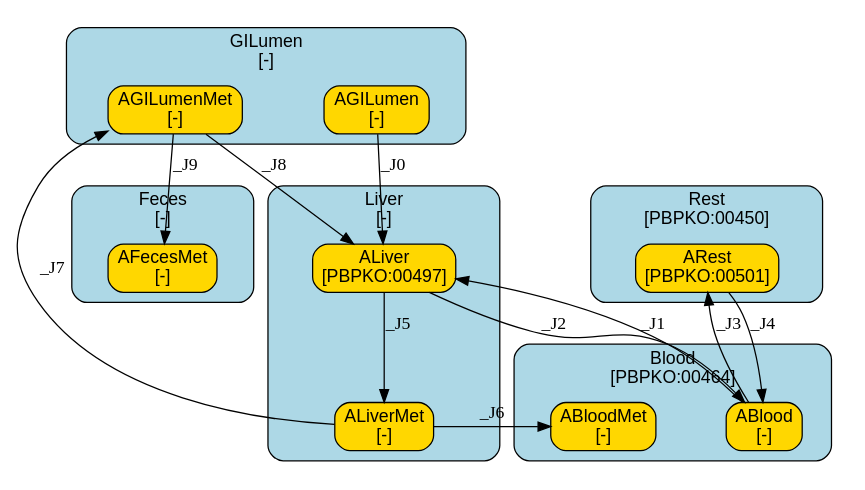
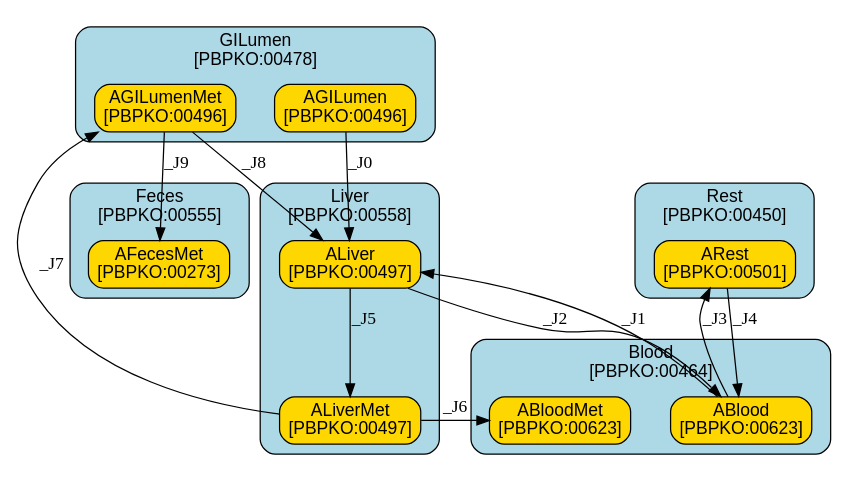
Before and after one commit to fair-pbk/exposure-route-pbk-models: the diagram in models/oral/Bisphenols/Teeguarden/summary.dot, drawn with Graphviz. The commit also changed 188 other files, not shown here.

```diff
--- a/models/oral/Bisphenols/Teeguarden/summary.dot
+++ b/models/oral/Bisphenols/Teeguarden/summary.dot
@@ -1,130 +1,130 @@
 digraph {
 	graph [ratio=fill,
 		size="7,4"
 	];
 	node [fontname=Arial];
 	subgraph cluster_GILumen {
 		graph [color=black,
 			fillcolor=lightblue,
 			fontname=Arial,
 			href="#compartment-GILumen",
 			label="GILumen
-[-]",
+[PBPKO:00478]",
 			shape=box,
 			style="filled,rounded"
 		];
 		AGILumen	[color=black,
 			fillcolor=gold,
 			href="#species-AGILumen",
 			label="AGILumen
-[-]",
+[PBPKO:00496]",
 			shape=box,
 			style="filled,rounded"];
 		AGILumenMet	[color=black,
 			fillcolor=gold,
 			href="#species-AGILumenMet",
 			label="AGILumenMet
-[-]",
+[PBPKO:00496]",
 			shape=box,
 			style="filled,rounded"];
 	}
 	subgraph cluster_Liver {
 		graph [color=black,
 			fillcolor=lightblue,
 			fontname=Arial,
 			href="#compartment-Liver",
 			label="Liver
-[-]",
+[PBPKO:00558]",
 			shape=box,
 			style="filled,rounded"
 		];
 		ALiver	[color=black,
 			fillcolor=gold,
 			href="#species-ALiver",
 			label="ALiver
 [PBPKO:00497]",
 			shape=box,
 			style="filled,rounded"];
 		ALiverMet	[color=black,
 			fillcolor=gold,
 			href="#species-ALiverMet",
 			label="ALiverMet
-[-]",
+[PBPKO:00497]",
 			shape=box,
 			style="filled,rounded"];
 	}
 	subgraph cluster_Blood {
 		graph [color=black,
 			fillcolor=lightblue,
 			fontname=Arial,
 			href="#compartment-Blood",
 			label="Blood
 [PBPKO:00464]",
 			shape=box,
 			style="filled,rounded"
 		];
 		ABlood	[color=black,
 			fillcolor=gold,
 			href="#species-ABlood",
 			label="ABlood
-[-]",
+[PBPKO:00623]",
 			shape=box,
 			style="filled,rounded"];
 		ABloodMet	[color=black,
 			fillcolor=gold,
 			href="#species-ABloodMet",
 			label="ABloodMet
-[-]",
+[PBPKO:00623]",
 			shape=box,
 			style="filled,rounded"];
 	}
 	subgraph cluster_Rest {
 		graph [color=black,
 			fillcolor=lightblue,
 			fontname=Arial,
 			href="#compartment-Rest",
 			label="Rest
 [PBPKO:00450]",
 			shape=box,
 			style="filled,rounded"
 		];
 		ARest	[color=black,
 			fillcolor=gold,
 			href="#species-ARest",
 			label="ARest
 [PBPKO:00501]",
 			shape=box,
 			style="filled,rounded"];
 	}
 	subgraph cluster_Feces {
 		graph [color=black,
 			fillcolor=lightblue,
 			fontname=Arial,
 			href="#compartment-Feces",
 			label="Feces
-[-]",
+[PBPKO:00555]",
 			shape=box,
 			style="filled,rounded"
 		];
 		AFecesMet	[color=black,
 			fillcolor=gold,
 			href="#species-AFecesMet",
 			label="AFecesMet
-[-]",
+[PBPKO:00273]",
 			shape=box,
 			style="filled,rounded"];
 	}
 	AGILumen -> ALiver	[label=_J0,
 		minlen=1];
 	AGILumenMet -> ALiver	[label=_J8];
 	AGILumenMet -> AFecesMet	[label=_J9,
 		minlen=1];
 	ALiver -> ALiverMet	[label=_J5];
 	ALiver -> ABlood	[label=_J2];
 	ALiverMet -> AGILumenMet	[label=_J7];
 	ALiverMet -> ABloodMet	[label=_J6,
 		minlen=1];
 	ABlood -> ALiver	[label=_J1];
 	ABlood -> ARest	[label=_J3];
 	ARest -> ABlood	[label=_J4];
 }
```
